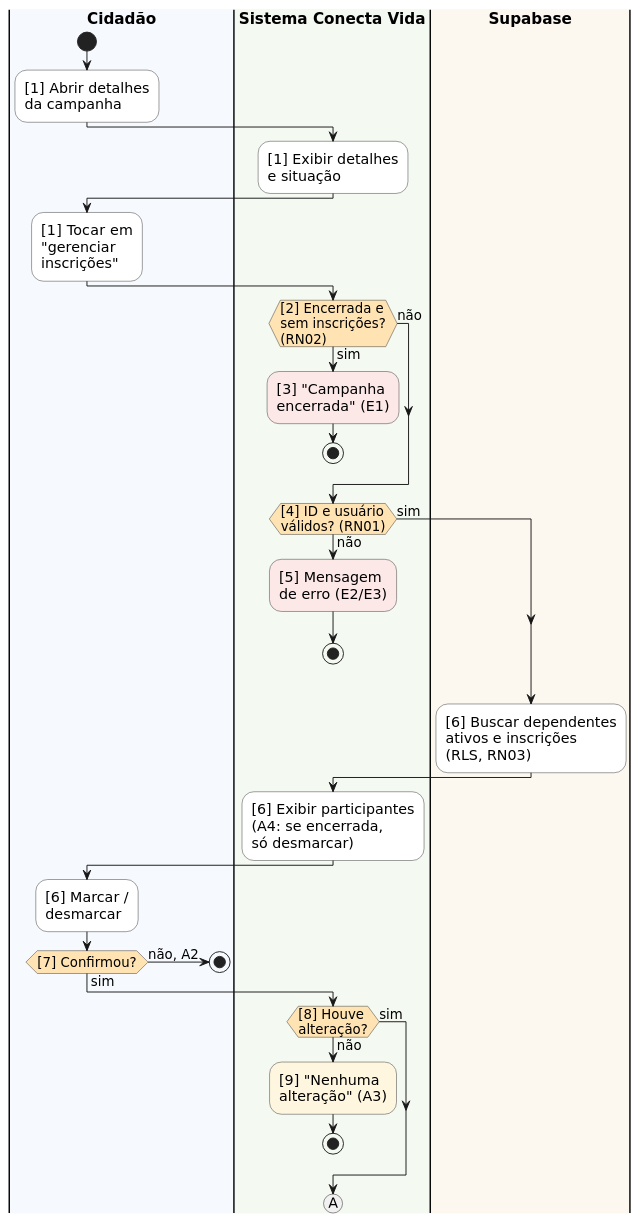
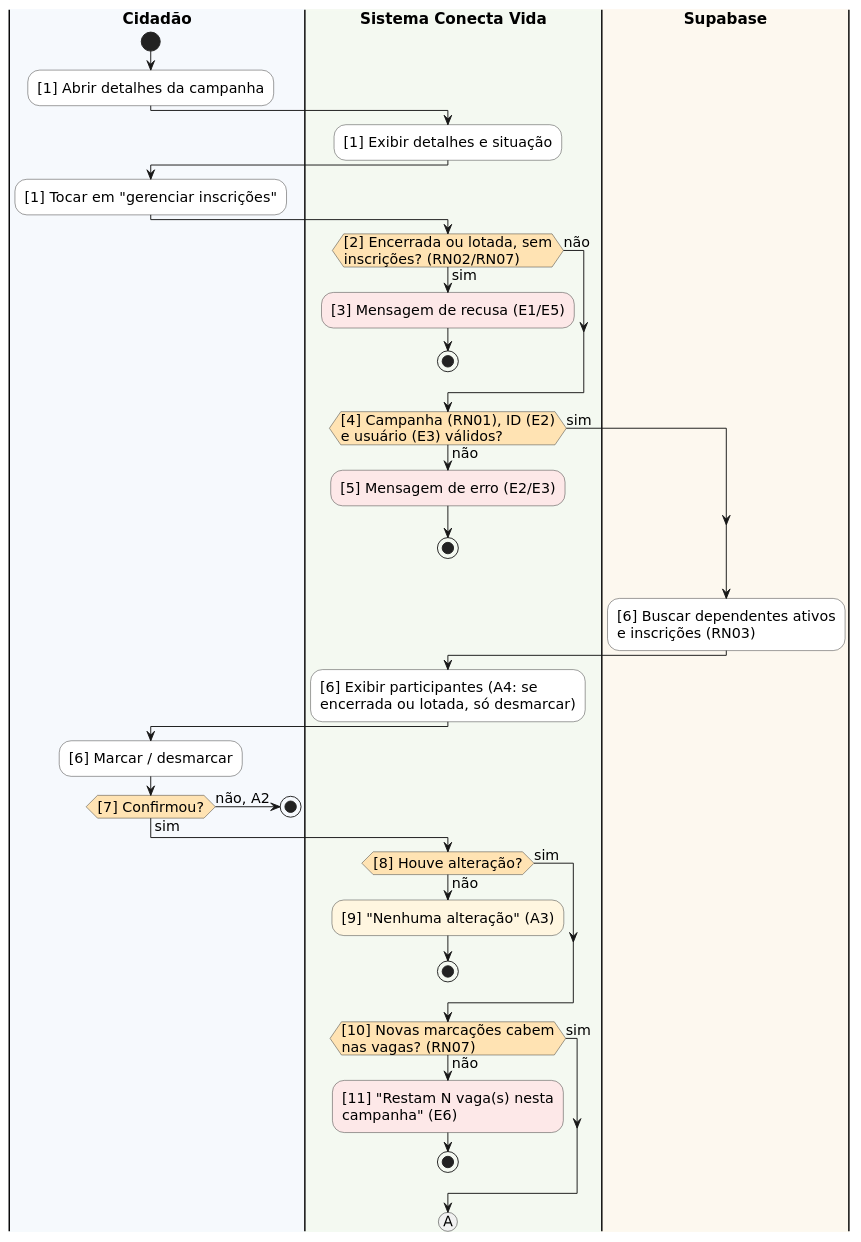
Before and after one commit to Conecta-Vida/Conecta-Vida-Mobile: the diagram in qualidade/diagramas/ex04_atividades_parte1.puml, drawn with PlantUML. The commit also changed 13 other files, not shown here.

```diff
--- a/qualidade/diagramas/ex04_atividades_parte1.puml
+++ b/qualidade/diagramas/ex04_atividades_parte1.puml
@@ -1,50 +1,55 @@
 @startuml ex04_atividades_uml_parte1
 ' Exercício 4 (parte 1) - Diagrama de Atividades (UML) com raias - UC03 Inscrever-se em campanha.
 ' Os números [n] são os nós do Grafo de Fluxo de Controle (Figura 4).
 skinparam defaultFontName DejaVu Sans
 skinparam defaultFontSize 15
 skinparam ActivityBackgroundColor #FFFFFF
 skinparam ActivityBorderColor #333333
 skinparam ActivityDiamondBackgroundColor #FFE3B3
-skinparam ActivityDiamondFontSize 14
-skinparam ArrowFontSize 14
+skinparam ActivityDiamondFontSize 15
+skinparam ArrowFontSize 15
 skinparam SwimlaneTitleFontStyle bold
 skinparam SwimlaneTitleFontSize 16
 
 |#F6F9FD|Cidadão|
 start
-:[1] Abrir detalhes\nda campanha;
+:[1] Abrir detalhes da campanha;
 |#F4F9F1|Sistema Conecta Vida|
-:[1] Exibir detalhes\ne situação;
+:[1] Exibir detalhes e situação;
 |Cidadão|
-:[1] Tocar em\n"gerenciar\ninscrições";
+:[1] Tocar em "gerenciar inscrições";
 |Sistema Conecta Vida|
-if ([2] Encerrada e\nsem inscrições?\n(RN02)) then (sim)
-  #FDE8E8:[3] "Campanha\nencerrada" (E1);
+if ([2] Encerrada ou lotada, sem\ninscrições? (RN02/RN07)) then (sim)
+  #FDE8E8:[3] Mensagem de recusa (E1/E5);
   stop
 else (não)
 endif
-if ([4] ID e usuário\nválidos? (RN01)) then (não)
-  #FDE8E8:[5] Mensagem\nde erro (E2/E3);
+if ([4] Campanha (RN01), ID (E2)\ne usuário (E3) válidos?) then (não)
+  #FDE8E8:[5] Mensagem de erro (E2/E3);
   stop
 else (sim)
 endif
 |#FDF8EF|Supabase|
-:[6] Buscar dependentes\nativos e inscrições\n(RLS, RN03);
+:[6] Buscar dependentes ativos\ne inscrições (RN03);
 |Sistema Conecta Vida|
-:[6] Exibir participantes\n(A4: se encerrada,\nsó desmarcar);
+:[6] Exibir participantes (A4: se\nencerrada ou lotada, só desmarcar);
 |Cidadão|
-:[6] Marcar /\ndesmarcar;
+:[6] Marcar / desmarcar;
 if ([7] Confirmou?) then (não, A2)
   stop
 else (sim)
 endif
 |Sistema Conecta Vida|
-if ([8] Houve\nalteração?) then (não)
-  #FFF6E0:[9] "Nenhuma\nalteração" (A3);
+if ([8] Houve alteração?) then (não)
+  #FFF6E0:[9] "Nenhuma alteração" (A3);
+  stop
+else (sim)
+endif
+if ([10] Novas marcações cabem\nnas vagas? (RN07)) then (não)
+  #FDE8E8:[11] "Restam N vaga(s) nesta\ncampanha" (E6);
   stop
 else (sim)
 endif
 (A)
 detach
 @enduml
```
